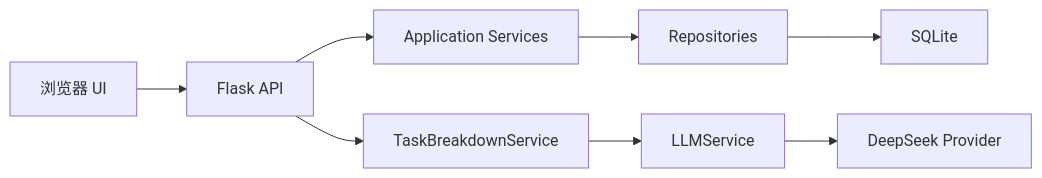
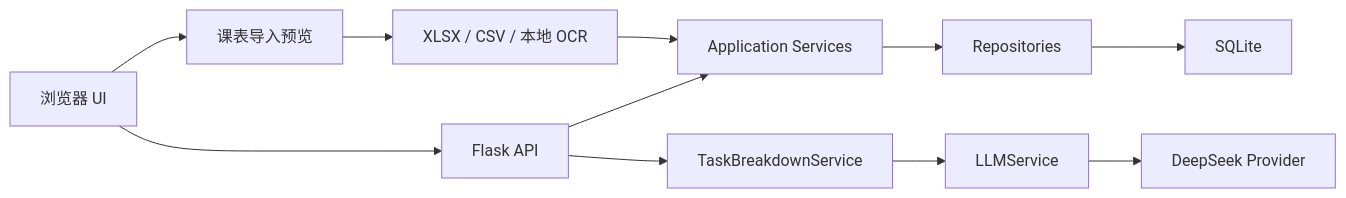
Before and after one commit to coronaBorealis/Yantu: the diagram in README.md, drawn with Mermaid. The commit also changed other lines of this file and 46 other files, not shown here.

````diff
--- a/README.md
+++ b/README.md
@@ -23,10 +34,13 @@
 ```mermaid
 flowchart LR
     UI["浏览器 UI"] --> API["Flask API"]
     API --> SERVICE["Application Services"]
     SERVICE --> REPOSITORY["Repositories"]
     REPOSITORY --> DB["SQLite"]
+    UI --> IMPORT["课表导入预览"]
+    IMPORT --> PARSER["XLSX / CSV / 本地 OCR"]
+    PARSER --> SERVICE
     API --> AI_SERVICE["TaskBreakdownService"]
     AI_SERVICE --> LLM["LLMService"]
     LLM --> PROVIDER["DeepSeek Provider"]
 ```
````
